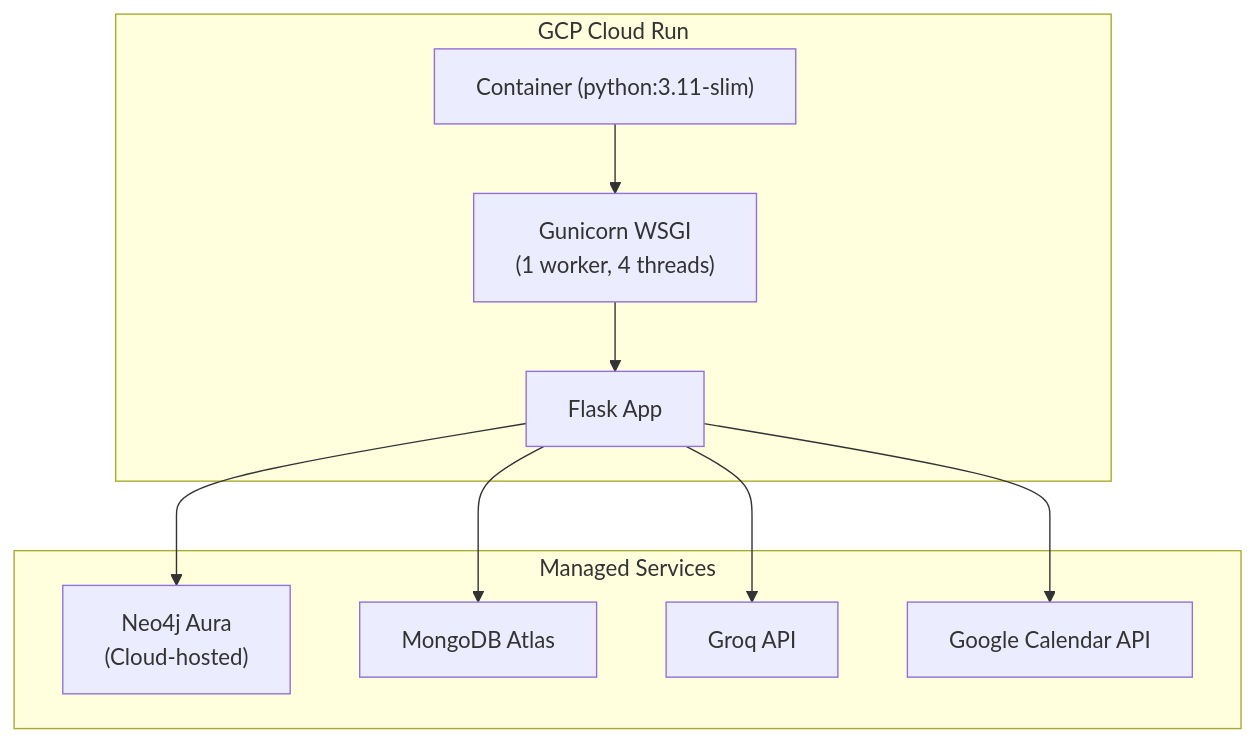
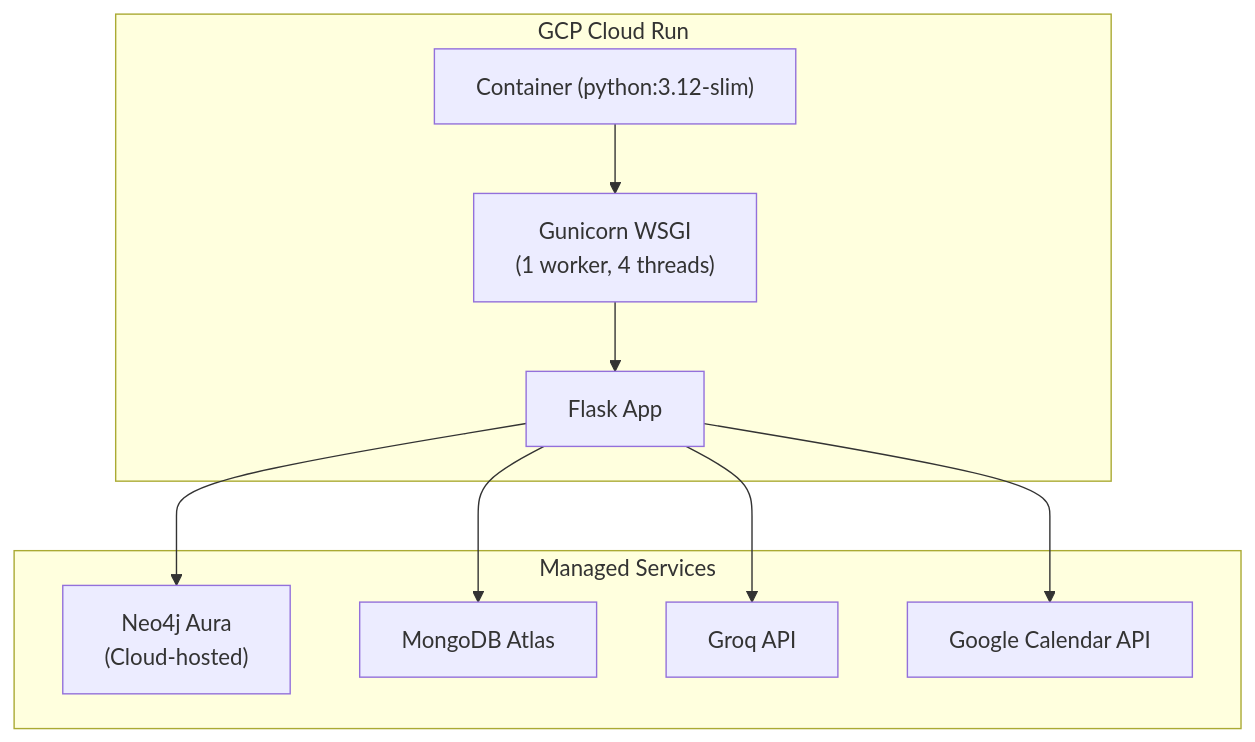
Before and after one commit to Zebfred/Agentic_personal_porter: the eighth of 8 diagrams in Documentation/architecture/SYSTEM_ARCHITECTURE_apr12.md, drawn with Mermaid. The commit also changed other lines of this file and 7 other files, not shown here.

````diff
--- a/Documentation/architecture/SYSTEM_ARCHITECTURE_apr12.md
+++ b/Documentation/architecture/SYSTEM_ARCHITECTURE_apr12.md
@@ -326,21 +326,21 @@
 ```mermaid
 graph TB
     subgraph "GCP Cloud Run"
-        CR["Container (python:3.11-slim)"]
+        CR["Container (python:3.12-slim)"]
         GN["Gunicorn WSGI<br/>(1 worker, 4 threads)"]
         FL["Flask App"]
         CR --> GN --> FL
     end
     
     subgraph "Managed Services"
         N4J["Neo4j Aura<br/>(Cloud-hosted)"]
         MA["MongoDB Atlas"]
         GQ["Groq API"]
         GC["Google Calendar API"]
     end
     
     FL --> N4J
     FL --> MA
     FL --> GQ
     FL --> GC
 ```
````
